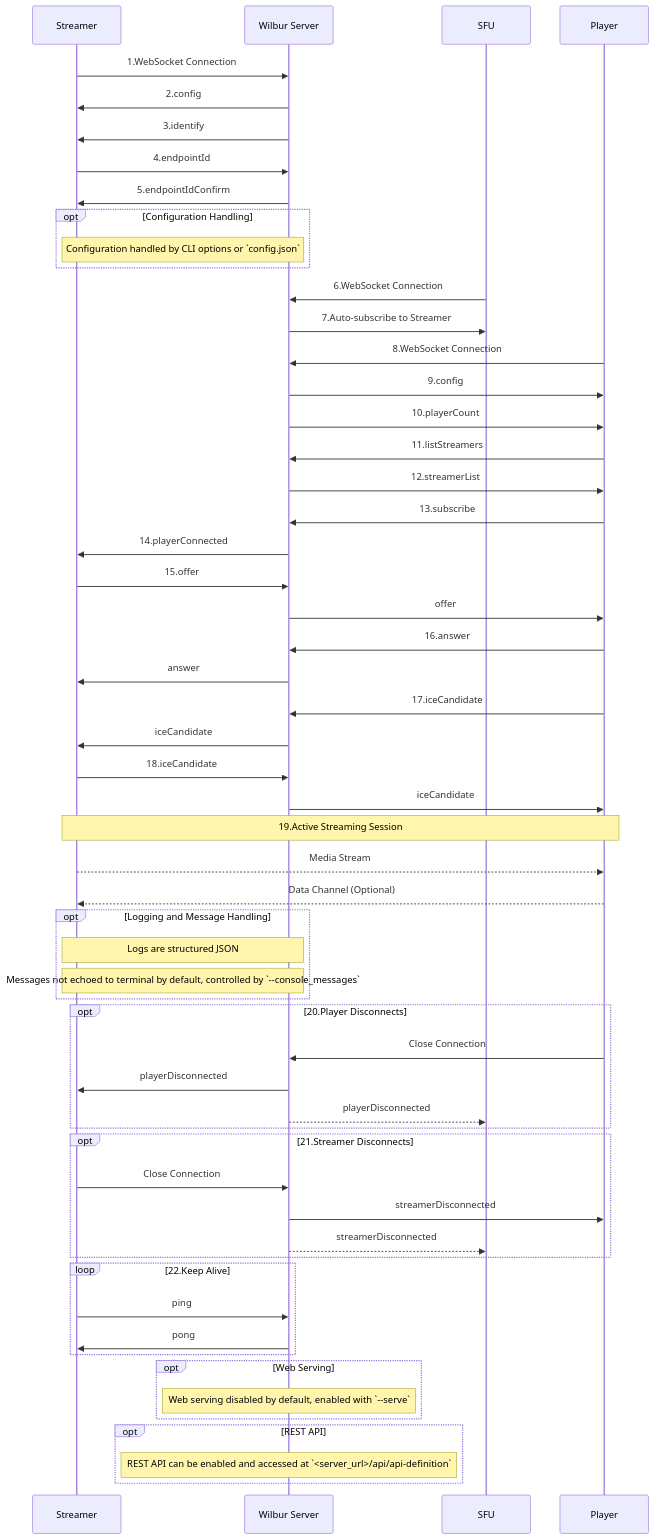
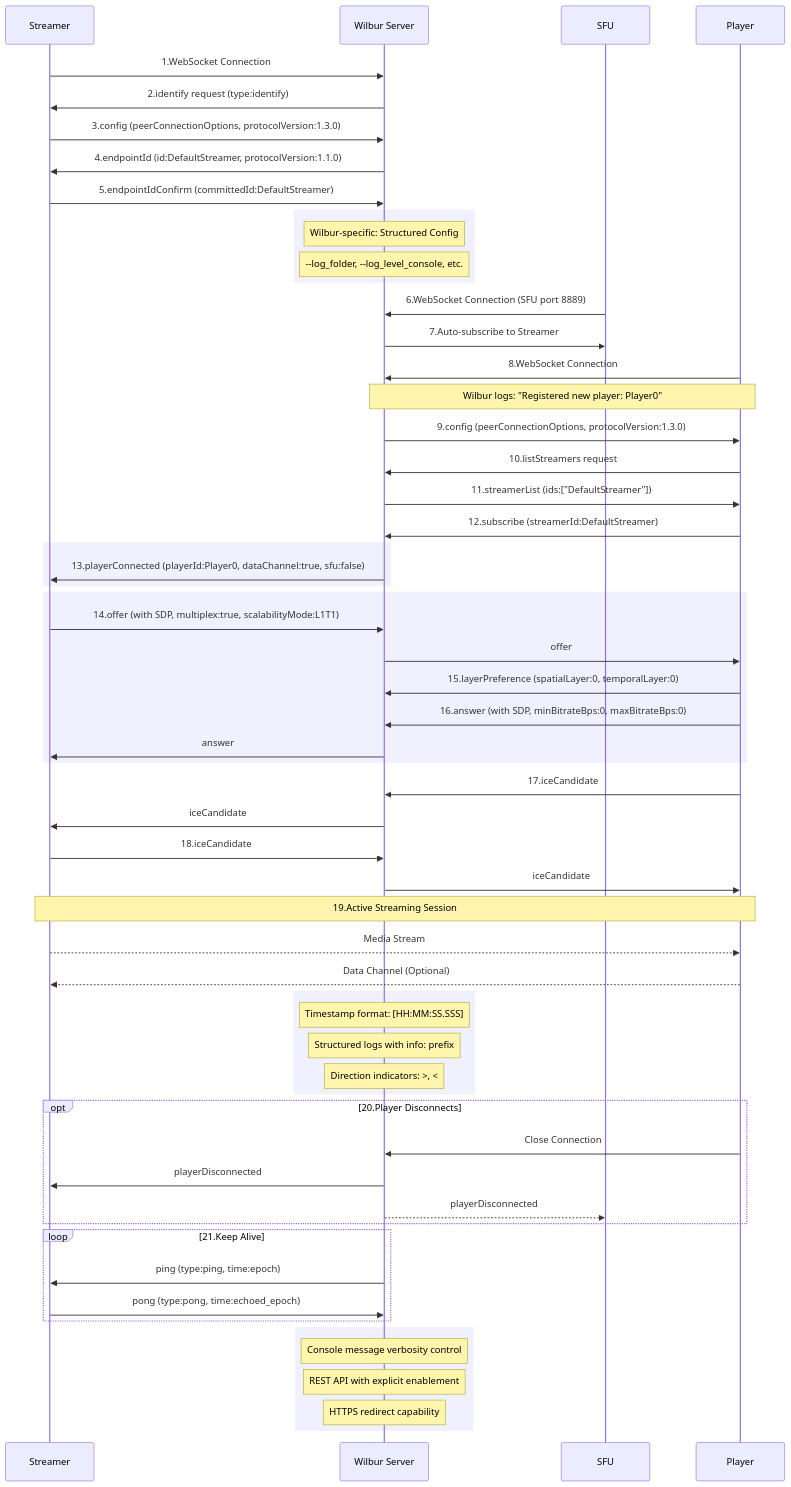
One commit to ShatilKhan/pixel-streaming-flow changed the diagram in Wilbur-flow.md. Above: the diagram before and after it, drawn with Mermaid. The commit also changed other lines of this file, not shown here.

````diff
--- a/Wilbur-flow.md
+++ b/Wilbur-flow.md
@@ -9,34 +9,42 @@
 
     %% Initial Connection Phase
     S->>WS: 1.WebSocket Connection
-    WS->>S: 2.config
-    WS->>S: 3.identify
-    S->>WS: 4.endpointId
-    WS->>S: 5.endpointIdConfirm
+    WS->>S: 2.identify request (type:identify)
+    S->>WS: 3.config (peerConnectionOptions, protocolVersion:1.3.0)
+    WS->>S: 4.endpointId (id:DefaultStreamer, protocolVersion:1.1.0)
+    S->>WS: 5.endpointIdConfirm (committedId:DefaultStreamer)
 
-    %% New Wilbur-Specific Configuration Handling
-    opt Configuration Handling
-        note over S,WS: Configuration handled by CLI options or `config.json`
+    %% Configuration and Health Check
+    rect rgb(240, 240, 255)
+        note over WS: Wilbur-specific: Structured Config
+        note over WS: --log_folder, --log_level_console, etc.
     end
 
     %% SFU Connection (Optional)
-    SFU->>WS: 6.WebSocket Connection
+    SFU->>WS: 6.WebSocket Connection (SFU port 8889)
     WS->>SFU: 7.Auto-subscribe to Streamer
 
     %% Player Connection & Stream Setup
     P->>WS: 8.WebSocket Connection
-    WS->>P: 9.config
-    WS->>P: 10.playerCount
-    P->>WS: 11.listStreamers
-    WS->>P: 12.streamerList
-    P->>WS: 13.subscribe
-    WS->>S: 14.playerConnected
+    note over WS,P: Wilbur logs: "Registered new player: Player0"
+    WS->>P: 9.config (peerConnectionOptions, protocolVersion:1.3.0)
+    P->>WS: 10.listStreamers request
+    WS->>P: 11.streamerList (ids:["DefaultStreamer"])
+    P->>WS: 12.subscribe (streamerId:DefaultStreamer)
+    
+    %% Wilbur-specific connection message format
+    rect rgb(240, 240, 255)
+        WS->>S: 13.playerConnected (playerId:Player0, dataChannel:true, sfu:false)
+    end
 
-    %% WebRTC Negotiation
-    S->>WS: 15.offer
-    WS->>P: offer
-    P->>WS: 16.answer
-    WS->>S: answer
+    %% WebRTC Negotiation with Wilbur-specific fields
+    rect rgb(240, 240, 255)
+        S->>WS: 14.offer (with SDP, multiplex:true, scalabilityMode:L1T1)
+        WS->>P: offer
+        P->>WS: 15.layerPreference (spatialLayer:0, temporalLayer:0)
+        P->>WS: 16.answer (with SDP, minBitrateBps:0, maxBitrateBps:0) 
+        WS->>S: answer
+    end
     
     %% ICE Candidate Exchange
     P->>WS: 17.iceCandidate
@@ -49,10 +57,11 @@
     S-->>P: Media Stream
     P-->>S: Data Channel (Optional)
 
-    %% New Wilbur-Specific Logging and Message Handling
-    opt Logging and Message Handling
-        note over S,WS: Logs are structured JSON
-        note over S,WS: Messages not echoed to terminal by default, controlled by `--console_messages`
+    %% Wilbur-specific Logging and Message Handling
+    rect rgb(240, 240, 255)
+        note over WS: Timestamp format: [HH:MM:SS.SSS]
+        note over WS: Structured logs with info: prefix
+        note over WS: Direction indicators: >, <
     end
 
     %% Disconnect Scenarios
@@ -62,25 +71,16 @@
         WS-->>SFU: playerDisconnected
     end
 
-    opt 21.Streamer Disconnects
-        S->>WS: Close Connection
-        WS->>P: streamerDisconnected
-        WS-->>SFU: streamerDisconnected
+    %% Health Checks with specific format
+    loop 21.Keep Alive
+        WS->>S: ping (type:ping, time:epoch)
+        S->>WS: pong (type:pong, time:echoed_epoch)
     end
 
-    %% Health Checks
-    loop 22.Keep Alive
-        S->>WS: ping
-        WS->>S: pong
+    %% Additional Wilbur-Specific Features
+    rect rgb(240, 240, 255)
+        note over WS: Console message verbosity control
+        note over WS: REST API with explicit enablement
+        note over WS: HTTPS redirect capability
     end
-
-    %% Additional Wilbur-Specific Steps
-    opt Web Serving
-        note over WS: Web serving disabled by default, enabled with `--serve`
-    end
-
-    opt REST API
-        note over WS: REST API can be enabled and accessed at `<server_url>/api/api-definition`
-    end
-
 ```
````
